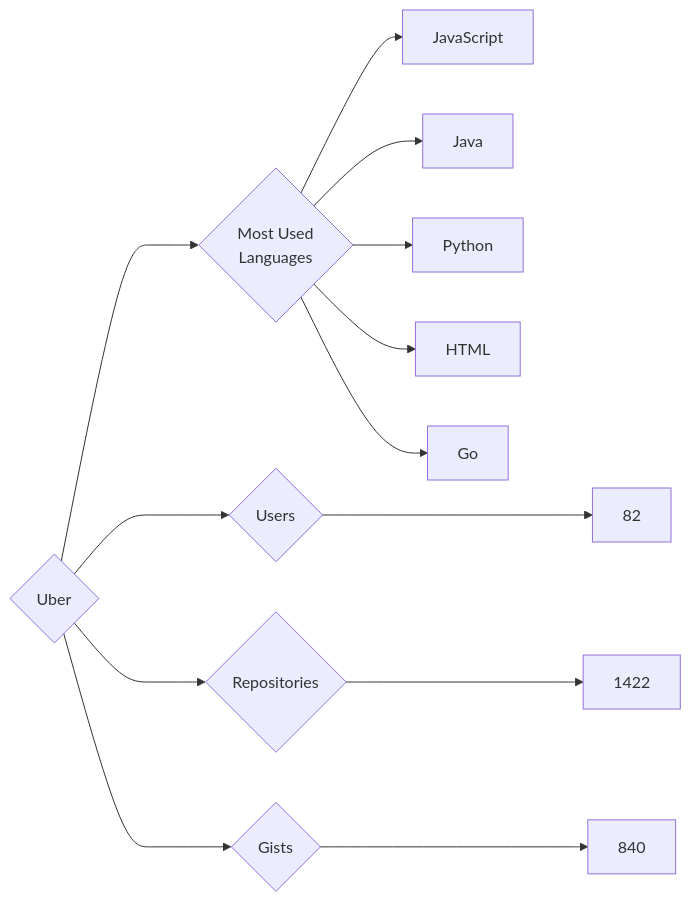
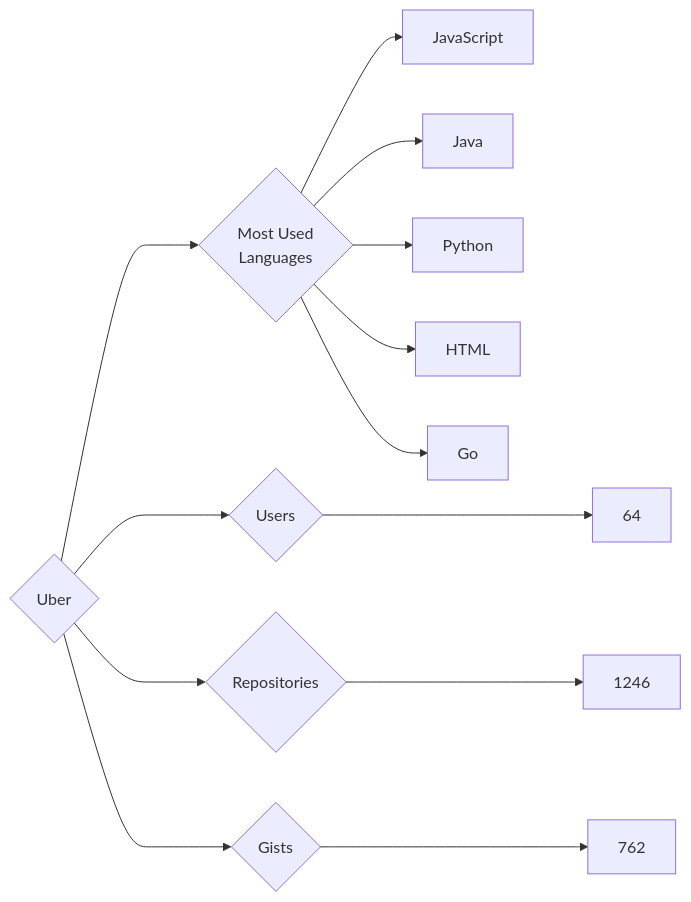
One commit to trickest/insiders changed the diagram in targets/Uber/README.md. Above: the diagram before and after it, drawn with Mermaid. The commit also changed 953 other files, not shown here.

````diff
--- a/targets/Uber/README.md
+++ b/targets/Uber/README.md
@@ -3,13 +3,13 @@
 ```mermaid
 graph LR
 COMPANY_NAME{Uber}
-COMPANY_NAME ---> U{Users} ---> UN[82]
-COMPANY_NAME ---> R{Repositories} ---> RN[1422]
-COMPANY_NAME ---> G{Gists} ---> GN[840]
+COMPANY_NAME ---> U{Users} ---> UN[64]
+COMPANY_NAME ---> R{Repositories} ---> RN[1246]
+COMPANY_NAME ---> G{Gists} ---> GN[762]
 COMPANY_NAME ---> ML{Most Used<br>Languages}
 ML --> JavaScript[JavaScript]
 ML --> Java[Java]
 ML --> Python[Python]
 ML --> HTML[HTML]
 ML --> Go[Go]
 ```
````
